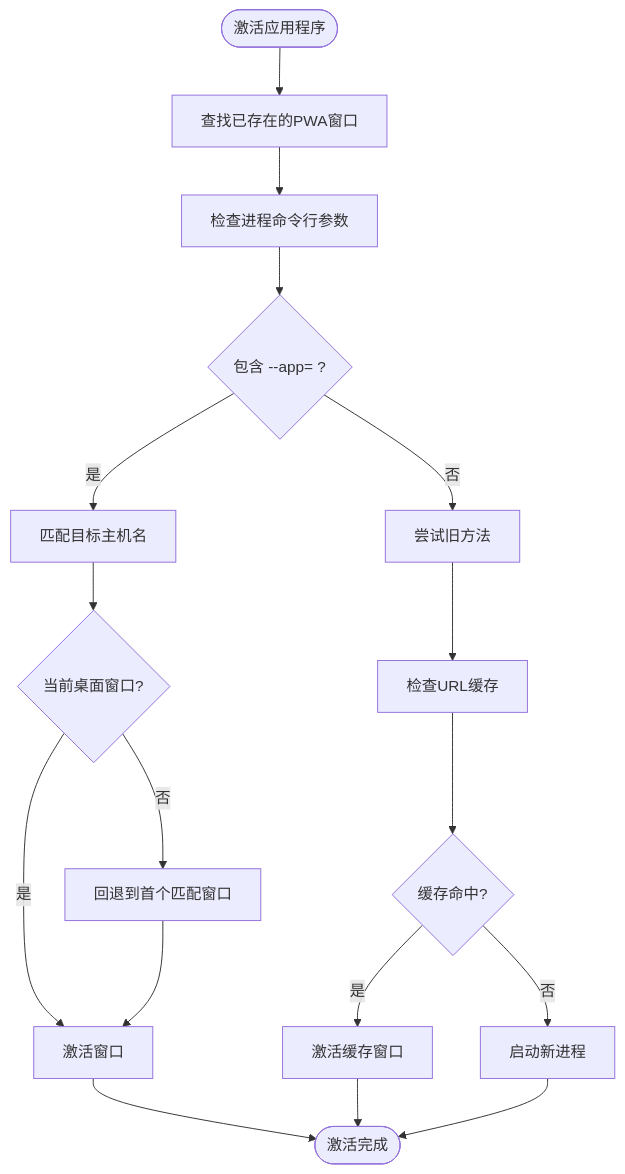
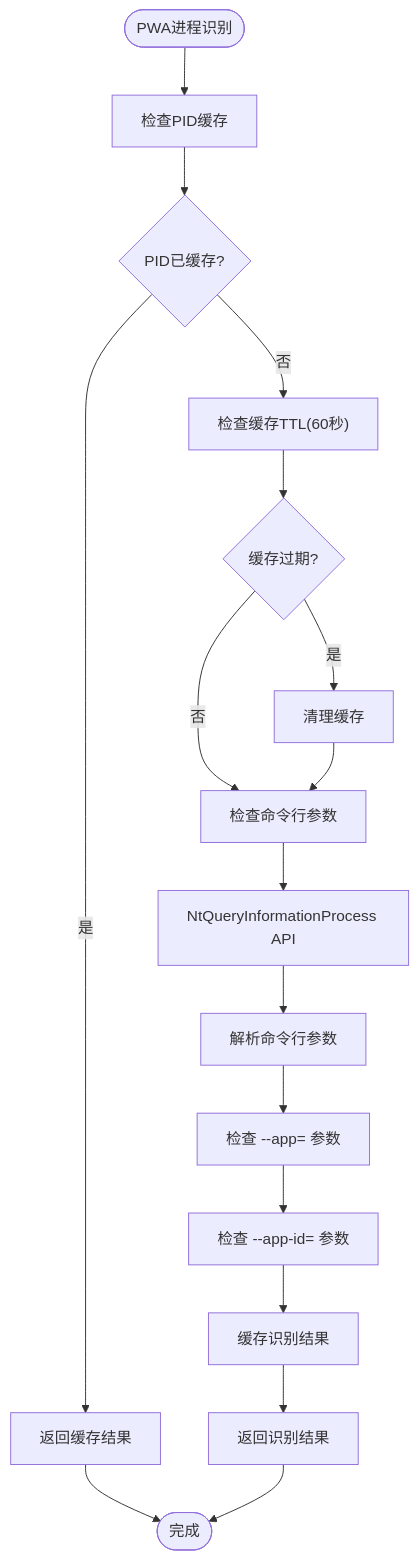
One commit to wangys-123doit/hotkey changed the ninth of 19 diagrams in .qoder/repowiki/zh/content/核心功能/浏览器应用管理.md. Above: the diagram before and after it, drawn with Mermaid. The commit also changed other lines of this file and 4 other files, not shown here.

````diff
--- a/.qoder/repowiki/zh/content/核心功能/浏览器应用管理.md
+++ b/.qoder/repowiki/zh/content/核心功能/浏览器应用管理.md
@@ -392,19 +404,19 @@
 ```mermaid
 flowchart TD
-Start([激活应用程序]) --> FindExisting["查找已存在的PWA窗口"]
-FindExisting --> CheckCmdLine["检查进程命令行参数"]
-CheckCmdLine --> HasAppParam{"包含 --app= ?"}
-HasAppParam --> |是| MatchHost["匹配目标主机名"]
-HasAppParam --> |否| TryOldMethod["尝试旧方法"]
-MatchHost --> IsCurrentDesktop{"当前桌面窗口?"}
-IsCurrentDesktop --> |是| ActivateWindow["激活窗口"]
-IsCurrentDesktop --> |否| FallbackWindow["回退到首个匹配窗口"]
-FallbackWindow --> ActivateWindow
-TryOldMethod --> CheckCache["检查URL缓存"]
-CheckCache --> CacheHit{"缓存命中?"}
-CacheHit --> |是| ActivateCached["激活缓存窗口"]
-CacheHit --> |否| StartProcess["启动新进程"]
-ActivateWindow --> End([激活完成])
-ActivateCached --> End
-StartProcess --> End
+Start([PWA进程识别]) --> CheckCache["检查PID缓存"]
+CheckCache --> Cached{"PID已缓存?"}
+Cached --> |是| ReturnCached["返回缓存结果"]
+Cached --> |否| CheckTTL["检查缓存TTL(60秒)"]
+CheckTTL --> Expired{"缓存过期?"}
+Expired --> |是| ClearCache["清理缓存"]
+Expired --> |否| CheckCmdLine["检查命令行参数"]
+ClearCache --> CheckCmdLine
+CheckCmdLine --> QueryProcess["NtQueryInformationProcess API"]
+QueryProcess --> ParseCmdLine["解析命令行参数"]
+ParseCmdLine --> CheckAppParam["检查 --app= 参数"]
+CheckAppParam --> CheckAppIdParam["检查 --app-id= 参数"]
+CheckAppIdParam --> CacheResult["缓存识别结果"]
+CacheResult --> ReturnResult["返回识别结果"]
+ReturnCached --> End([完成])
+ReturnResult --> End
 ```
````
